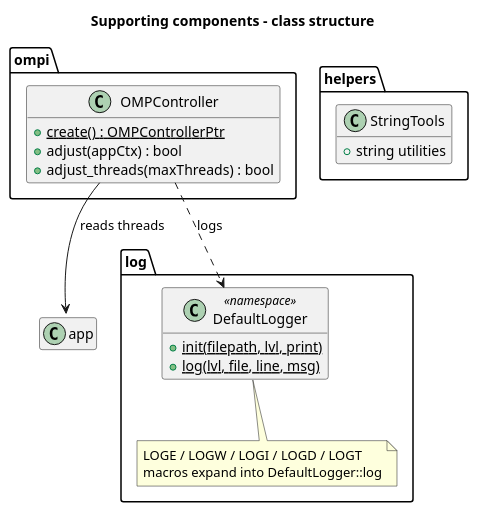
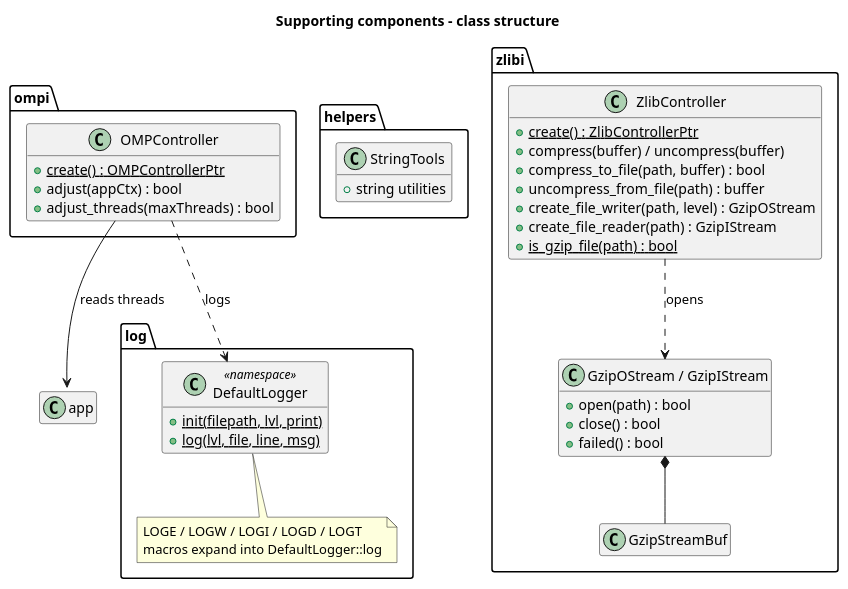
One commit to yuriysydor1991/darknetxx changed the diagram in doc/diagrams/supporting-classes.puml. Above: the diagram before and after it, drawn with PlantUML. The commit also changed 38 other files, not shown here.

```diff
--- a/doc/diagrams/supporting-classes.puml
+++ b/doc/diagrams/supporting-classes.puml
@@ -1,35 +1,57 @@
 @startuml supporting-classes
 title Supporting components - class structure
 
 skinparam shadowing false
 hide empty members
 
 package "ompi" {
   class OMPController {
     +{static} create() : OMPControllerPtr
     +adjust(appCtx) : bool
     +adjust_threads(maxThreads) : bool
   }
 }
 
 package "log" {
   class DefaultLogger <<namespace>> {
     +{static} init(filepath, lvl, print)
     +{static} log(lvl, file, line, msg)
   }
   note bottom of DefaultLogger
     LOGE / LOGW / LOGI / LOGD / LOGT
     macros expand into DefaultLogger::log
   end note
 }
 
 package "helpers" {
   class StringTools {
     +string utilities
   }
 }
 
+package "zlibi" {
+  class ZlibController {
+    +{static} create() : ZlibControllerPtr
+    +compress(buffer) / uncompress(buffer)
+    +compress_to_file(path, buffer) : bool
+    +uncompress_from_file(path) : buffer
+    +create_file_writer(path, level) : GzipOStream
+    +create_file_reader(path) : GzipIStream
+    +{static} is_gzip_file(path) : bool
+  }
+
+  class "GzipOStream / GzipIStream" as GzipStreams {
+    +open(path) : bool
+    +close() : bool
+    +failed() : bool
+  }
+
+  class GzipStreamBuf
+}
+
 OMPController --> "app::ApplicationContext" : reads threads
 OMPController ..> DefaultLogger : logs
+ZlibController ..> GzipStreams : opens
+GzipStreams *-- GzipStreamBuf
 
 @enduml
```
